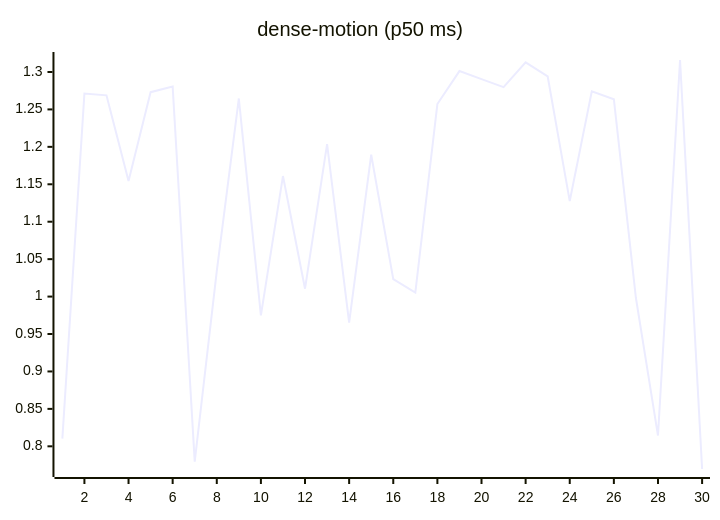
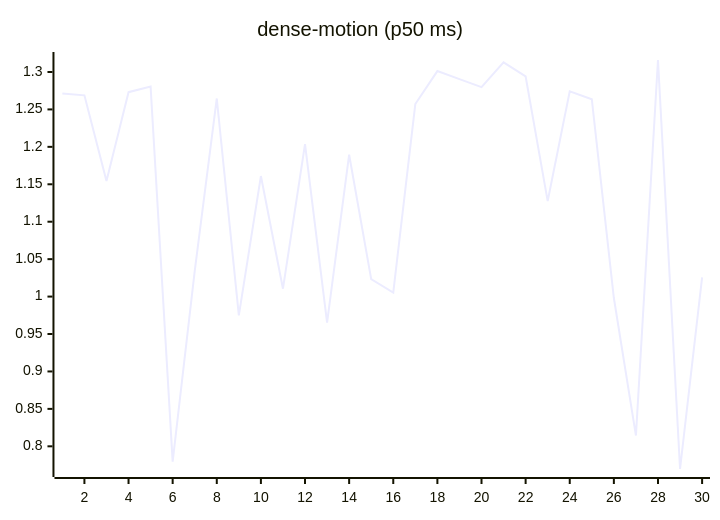
One commit to josha/Facet changed the ninth of 27 diagrams in README.md. Above: the diagram before and after it, drawn with Mermaid. The commit also changed other lines of this file and 2 other files, not shown here.

````diff
--- a/README.md
+++ b/README.md
@@ -119,6 +119,6 @@
 ```mermaid
 xychart-beta
     title "dense-motion (p50 ms)"
     x-axis 1 --> 30
-    line [0.8102, 1.2712, 1.2688, 1.1544, 1.2730, 1.2805, 0.7796, 1.0341, 1.2646, 0.9749, 1.1610, 1.0105, 1.2037, 0.9653, 1.1895, 1.0233, 1.0054, 1.2572, 1.3012, 1.2904, 1.2798, 1.3128, 1.2940, 1.1276, 1.2742, 1.2636, 0.9981, 0.8144, 1.3160, 0.7697]
+    line [1.2712, 1.2688, 1.1544, 1.2730, 1.2805, 0.7796, 1.0341, 1.2646, 0.9749, 1.1610, 1.0105, 1.2037, 0.9653, 1.1895, 1.0233, 1.0054, 1.2572, 1.3012, 1.2904, 1.2798, 1.3128, 1.2940, 1.1276, 1.2742, 1.2636, 0.9981, 0.8144, 1.3160, 0.7697, 1.0258]
 ```
````
